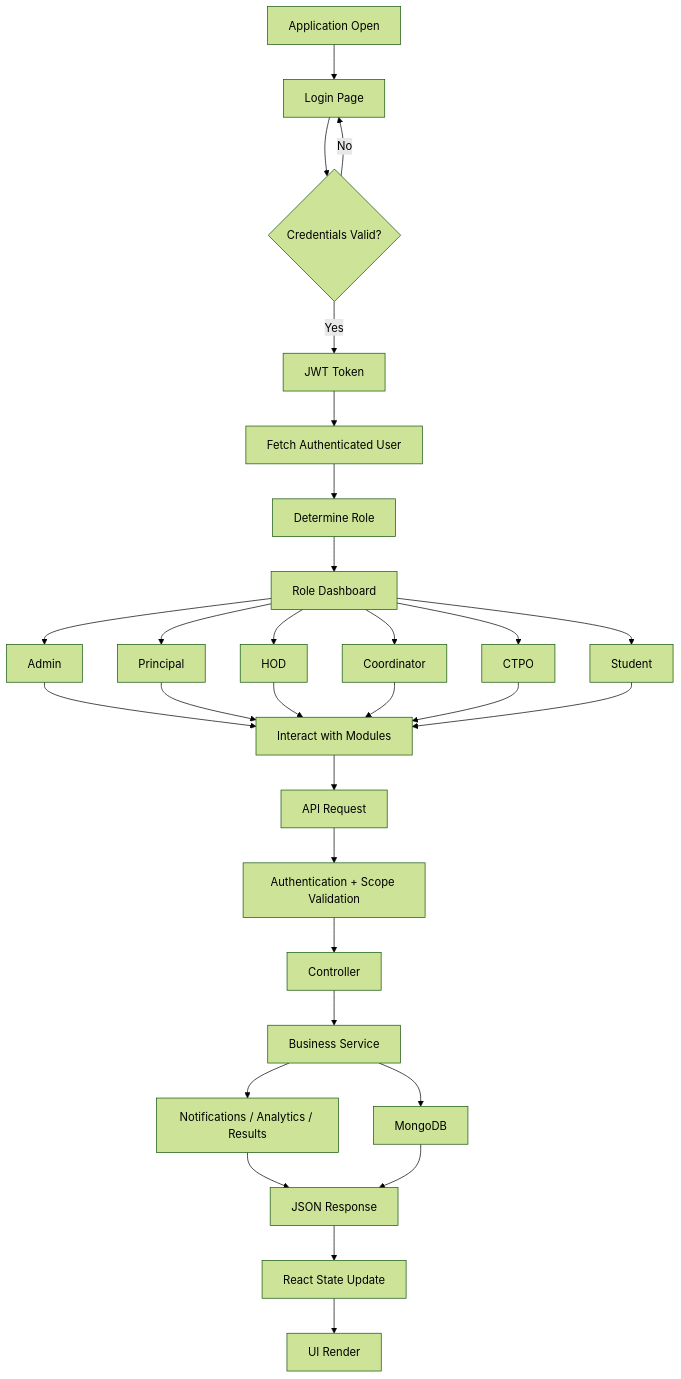
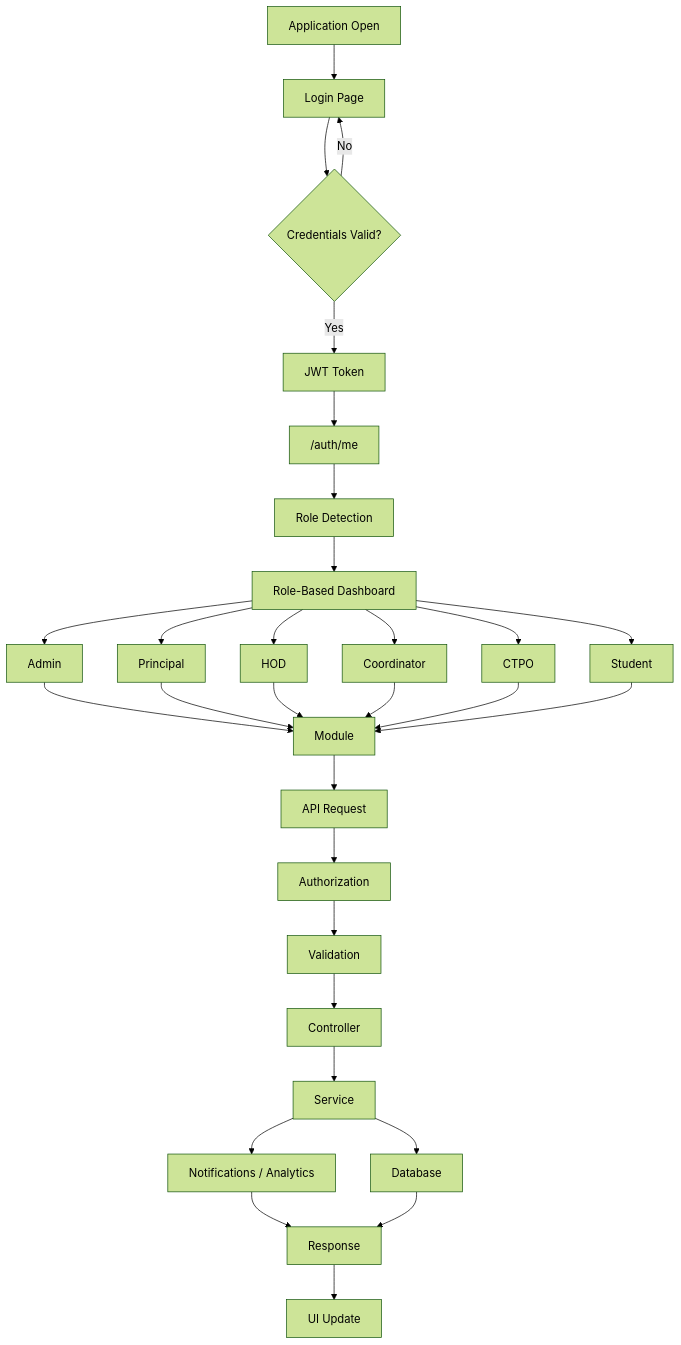
The second of 11 diagrams in README.md (Ravi4348/Student-Academic-Management-System), drawn with Mermaid (forest theme) before and after one commit. The commit also changed other lines of this file and 46 other files, not shown here.

````diff
--- a/README.md
+++ b/README.md
@@ -80,56 +82,56 @@
 ```mermaid
 flowchart TD
     AppOpen["Application Open"]
     LoginPage["Login Page"]
     CredsValid{"Credentials Valid?"}
     JWTToken["JWT Token"]
-    FetchUser["Fetch Authenticated User"]
-    DetermineRole["Determine Role"]
-    RoleDashboard["Role Dashboard"]
+    FetchUser["/auth/me"]
+    DetermineRole["Role Detection"]
+    RoleDashboard["Role-Based Dashboard"]
     Admin["Admin"]
     Principal["Principal"]
     HOD["HOD"]
     Coordinator["Coordinator"]
     CTPO["CTPO"]
     Student["Student"]
-    InteractModules["Interact with Modules"]
+    InteractModules["Module"]
     APIRequest["API Request"]
-    AuthScope["Authentication + Scope Validation"]
+    AuthScope["Authorization"]
+    Validation["Validation"]
     Controller["Controller"]
-    BusinessService["Business Service"]
-    MongoDB["MongoDB"]
-    NotifsResults["Notifications / Analytics / Results"]
-    JSONResponse["JSON Response"]
-    ReactState["React State Update"]
-    UIRender["UI Render"]
+    BusinessService["Service"]
+    MongoDB["Database"]
+    NotifsResults["Notifications / Analytics"]
+    JSONResponse["Response"]
+    UIRender["UI Update"]
 
     AppOpen --> LoginPage
     LoginPage --> CredsValid
     CredsValid -->|"No"| LoginPage
     CredsValid -->|"Yes"| JWTToken
     JWTToken --> FetchUser
     FetchUser --> DetermineRole
     DetermineRole --> RoleDashboard
     RoleDashboard --> Admin
     RoleDashboard --> Principal
     RoleDashboard --> HOD
     RoleDashboard --> Coordinator
     RoleDashboard --> CTPO
     RoleDashboard --> Student
     Admin --> InteractModules
     Principal --> InteractModules
     HOD --> InteractModules
     Coordinator --> InteractModules
     CTPO --> InteractModules
     Student --> InteractModules
     InteractModules --> APIRequest
     APIRequest --> AuthScope
-    AuthScope --> Controller
+    AuthScope --> Validation
+    Validation --> Controller
     Controller --> BusinessService
     BusinessService --> MongoDB
     BusinessService --> NotifsResults
     NotifsResults --> JSONResponse
     MongoDB --> JSONResponse
-    JSONResponse --> ReactState
-    ReactState --> UIRender
+    JSONResponse --> UIRender
 ```
````
